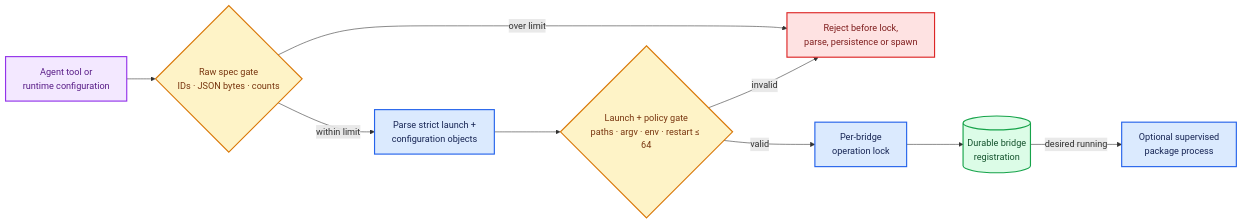
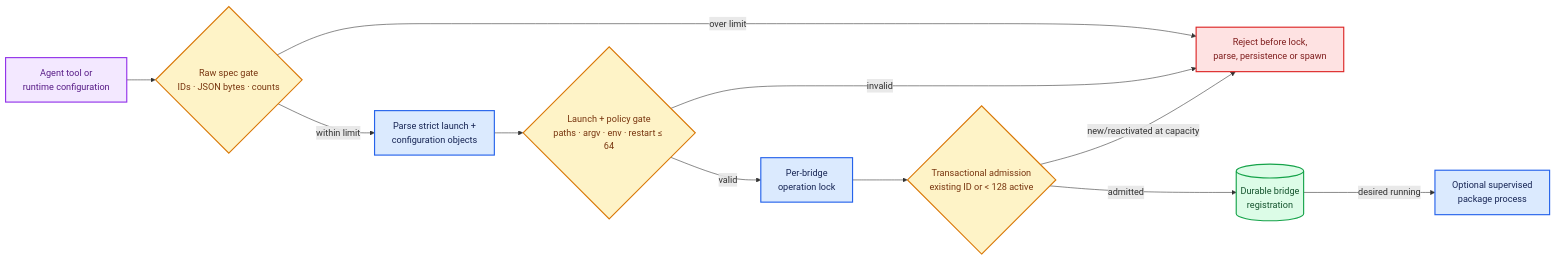
One commit to fontanierh/crab changed the diagram in v2/bridge-host/bridge-registration-boundary.mmd. Above: the diagram before and after it, drawn with Mermaid. The commit also changed 7 other files, not shown here.

```diff
--- a/v2/bridge-host/bridge-registration-boundary.mmd
+++ b/v2/bridge-host/bridge-registration-boundary.mmd
@@ -1,28 +1,31 @@
 flowchart LR
     SOURCE["Agent tool or<br/>runtime configuration"]
     RAW{"Raw spec gate<br/>IDs · JSON bytes · counts"}
     REJECT["Reject before lock,<br/>parse, persistence or spawn"]
     PARSE["Parse strict launch +<br/>configuration objects"]
     SHAPE{"Launch + policy gate<br/>paths · argv · env · restart ≤ 64"}
     LOCK["Per-bridge<br/>operation lock"]
+    CAP{"Transactional admission<br/>existing ID or < 128 active"}
     STORE[("Durable bridge<br/>registration")]
     SPAWN["Optional supervised<br/>package process"]
 
     SOURCE --> RAW
     RAW -->|"over limit"| REJECT
     RAW -->|"within limit"| PARSE --> SHAPE
     SHAPE -->|"invalid"| REJECT
-    SHAPE -->|"valid"| LOCK --> STORE
+    SHAPE -->|"valid"| LOCK --> CAP
+    CAP -->|"new/reactivated at capacity"| REJECT
+    CAP -->|"admitted"| STORE
     STORE -->|"desired running"| SPAWN
 
     classDef source fill:#f3e8ff,stroke:#9333ea,stroke-width:2px,color:#581c87;
     classDef runtime fill:#dbeafe,stroke:#2563eb,stroke-width:2px,color:#172554;
     classDef durable fill:#dcfce7,stroke:#16a34a,stroke-width:2px,color:#14532d;
     classDef gate fill:#fef3c7,stroke:#d97706,stroke-width:2px,color:#78350f;
     classDef failure fill:#fee2e2,stroke:#dc2626,stroke-width:2px,color:#7f1d1d;
 
     class SOURCE source;
     class PARSE,LOCK,SPAWN runtime;
     class STORE durable;
-    class RAW,SHAPE gate;
+    class RAW,SHAPE,CAP gate;
     class REJECT failure;
```
